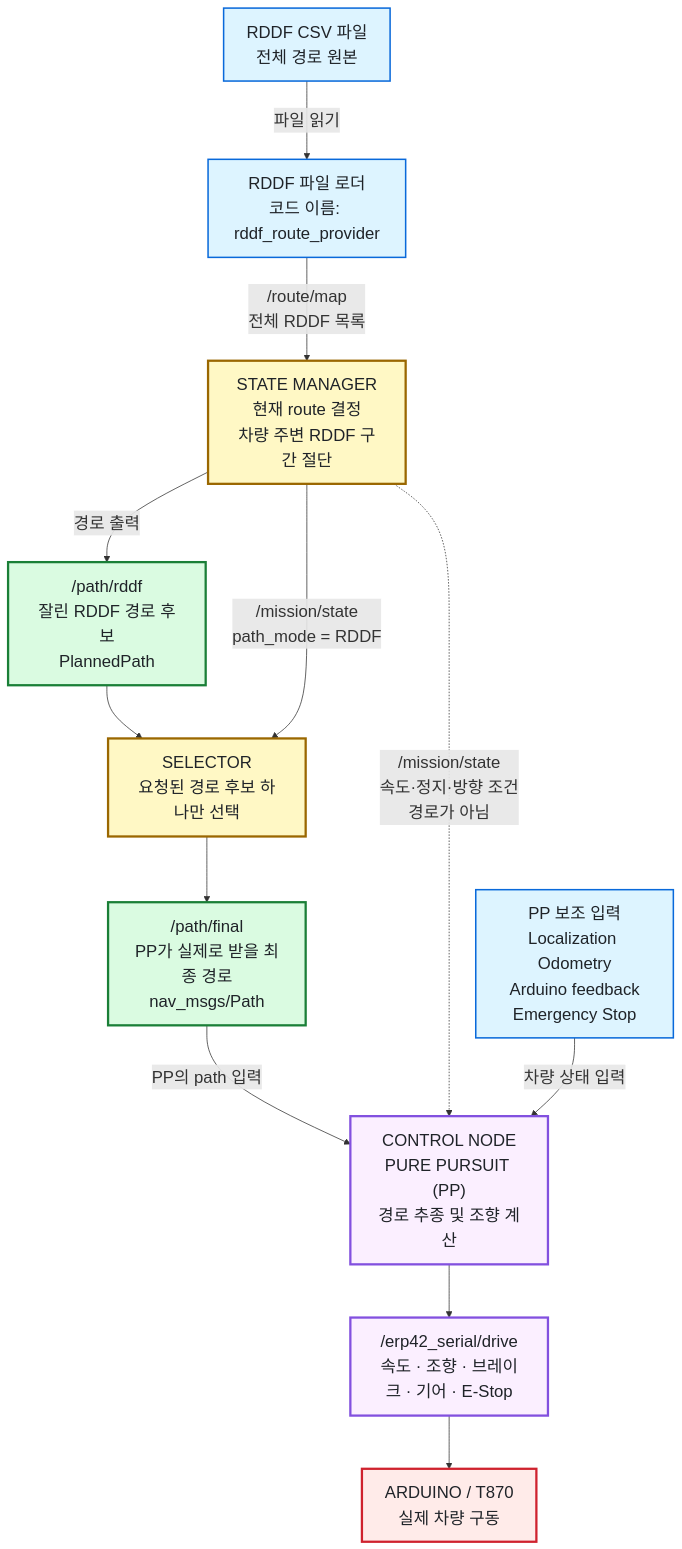
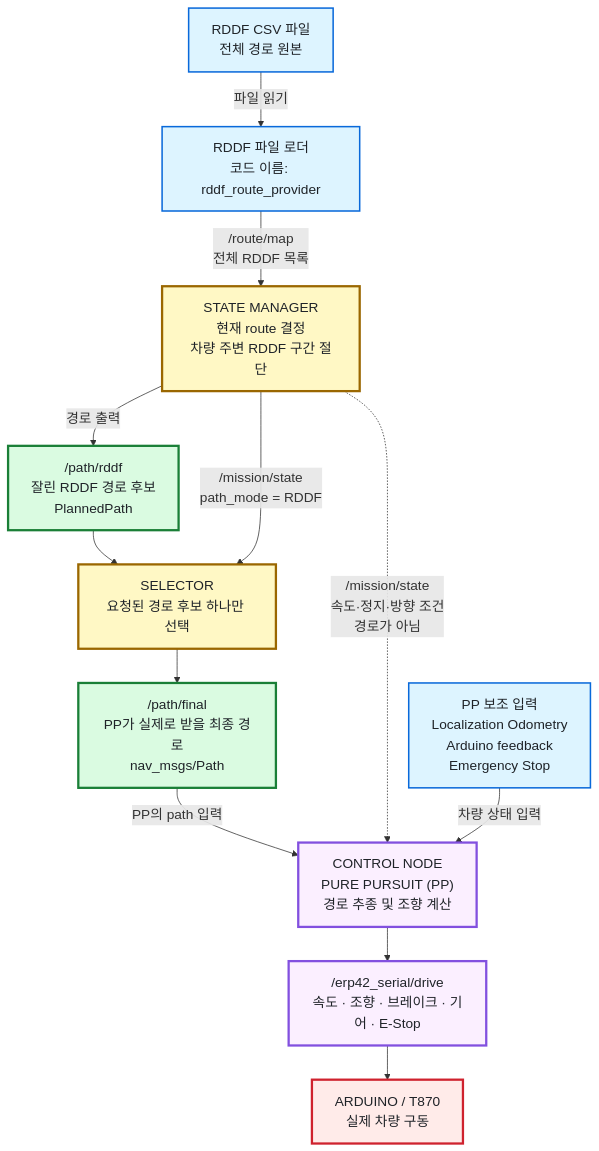
Before and after one commit to Team-Stier/HL-FMA-1-5-2026: the first of 3 diagrams in docs/architecture.md, drawn with Mermaid. The commit also changed other lines of this file, not shown here.

Commit message:
docs: tune architecture diagram sizing

````diff
--- a/docs/architecture.md
+++ b/docs/architecture.md
@@ -21,32 +21,32 @@
 ```mermaid
-%%{init: {"flowchart": {"htmlLabels": true, "nodeSpacing": 50, "rankSpacing": 70}, "themeVariables": {"fontSize": "22px"}}}%%
+%%{init: {"flowchart": {"htmlLabels": true, "nodeSpacing": 36, "rankSpacing": 45}, "themeVariables": {"fontSize": "18px"}}}%%
 flowchart TB
     classDef source fill:#ddf4ff,stroke:#0969da,stroke-width:2px,color:#1f2328
     classDef decision fill:#fff8c5,stroke:#9a6700,stroke-width:3px,color:#1f2328
     classDef path fill:#dafbe1,stroke:#1a7f37,stroke-width:3px,color:#1f2328
     classDef control fill:#fbefff,stroke:#8250df,stroke-width:3px,color:#1f2328
     classDef vehicle fill:#ffebe9,stroke:#cf222e,stroke-width:3px,color:#1f2328
 
     FILES["RDDF CSV 파일<br/>전체 경로 원본"]:::source
     LOADER["RDDF 파일 로더<br/>코드 이름: rddf_route_provider"]:::source
     SM["STATE MANAGER<br/>현재 route 결정<br/>차량 주변 RDDF 구간 절단"]:::decision
     RDDF["/path/rddf<br/>잘린 RDDF 경로 후보<br/>PlannedPath"]:::path
     SELECTOR["SELECTOR<br/>요청된 경로 후보 하나만 선택"]:::decision
     FINAL["/path/final<br/>PP가 실제로 받을 최종 경로<br/>nav_msgs/Path"]:::path
     PP["CONTROL NODE<br/>PURE PURSUIT (PP)<br/>경로 추종 및 조향 계산"]:::control
     PPINPUT["PP 보조 입력<br/>Localization Odometry<br/>Arduino feedback<br/>Emergency Stop"]:::source
     CMD["/erp42_serial/drive<br/>속도 · 조향 · 브레이크 · 기어 · E-Stop"]:::control
     CAR["ARDUINO / T870<br/>실제 차량 구동"]:::vehicle
 
     FILES -->|파일 읽기| LOADER
     LOADER -->|/route/map<br/>전체 RDDF 목록| SM
     SM -->|경로 출력| RDDF
     RDDF --> SELECTOR
     SM -->|/mission/state<br/>path_mode = RDDF| SELECTOR
     SELECTOR --> FINAL
     FINAL -->|PP의 path 입력| PP
     SM -.->|/mission/state<br/>속도·정지·방향 조건<br/>경로가 아님| PP
     PPINPUT -->|차량 상태 입력| PP
     PP --> CMD
     CMD --> CAR
 ```
````
